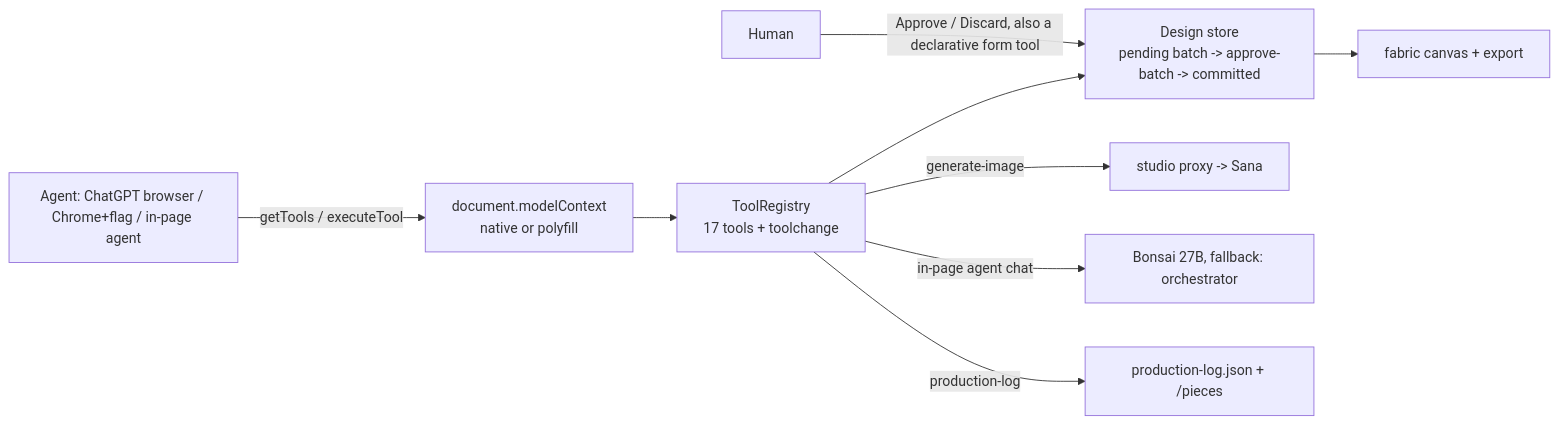
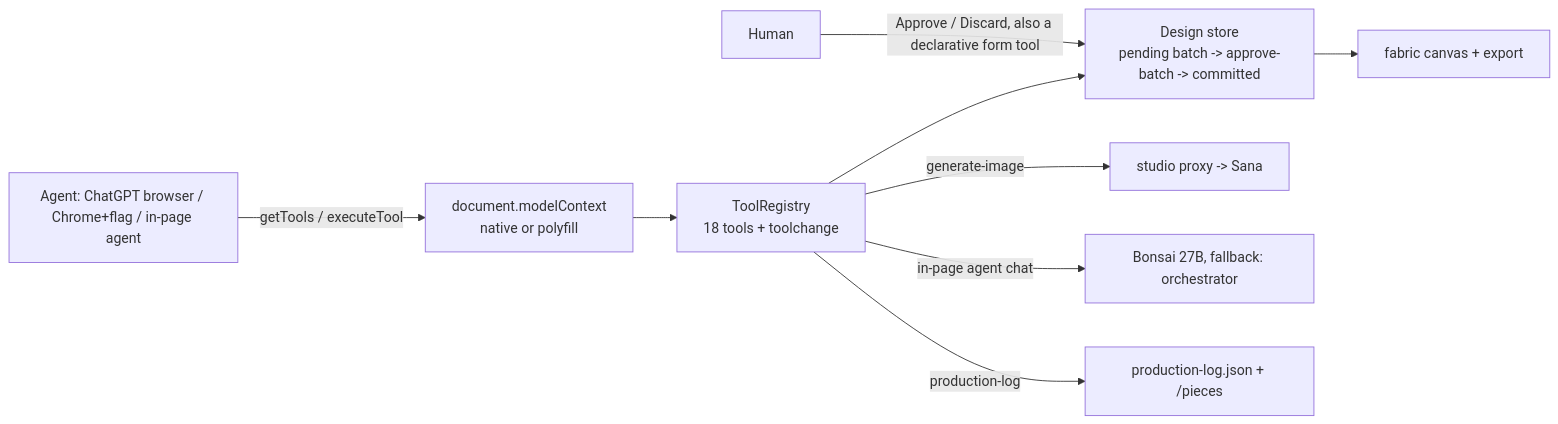
The diagram in README.md (Aitherium/webmcp-design-studio), drawn with Mermaid before and after one commit.

Commit message:
docs(readme): 18 tools in the architecture diagram (draft-variants joined)

````diff
--- a/README.md
+++ b/README.md
@@ -54,11 +54,11 @@
 ```mermaid
 flowchart LR
   A[Agent: ChatGPT browser / Chrome+flag / in-page agent] -- getTools / executeTool --> M[document.modelContext<br/>native or polyfill]
-  M --> R[ToolRegistry<br/>17 tools + toolchange]
+  M --> R[ToolRegistry<br/>18 tools + toolchange]
   R --> S[Design store<br/>pending batch -> approve-batch -> committed]
   S --> C[fabric canvas + export]
   R -- generate-image --> I[studio proxy -> Sana]
   R -- in-page agent chat --> T[Bonsai 27B, fallback: orchestrator]
   R -- production-log --> P[production-log.json + /pieces]
   U[Human] -- Approve / Discard, also a declarative form tool --> S
 ```
````
